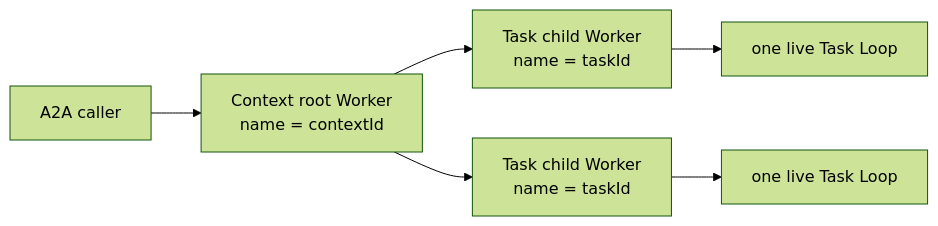
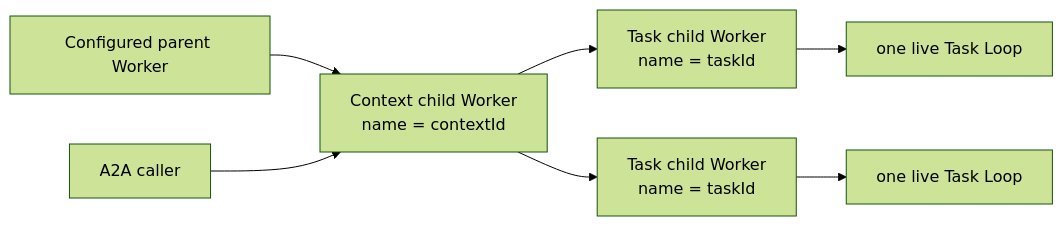
One commit to plurnk/plurnk-service changed the diagram in plurnk-a2a/SPEC.md. Above: the diagram before and after it, drawn with Mermaid (forest theme). The commit also changed other lines of this file and 250 other files, not shown here.

````diff
--- a/plurnk-a2a/SPEC.md
+++ b/plurnk-a2a/SPEC.md
@@ -75,8 +76,9 @@
 ```mermaid
 flowchart LR
-    Caller["A2A caller"] --> Context["Context root Worker\nname = contextId"]
+    Parent["Configured parent Worker"] --> Context["Context child Worker\nname = contextId"]
+    Caller["A2A caller"] --> Context
     Context --> Task1["Task child Worker\nname = taskId"]
     Context --> Task2["Task child Worker\nname = taskId"]
     Task1 --> Loop1["one live Task Loop"]
     Task2 --> Loop2["one live Task Loop"]
 ```
````
